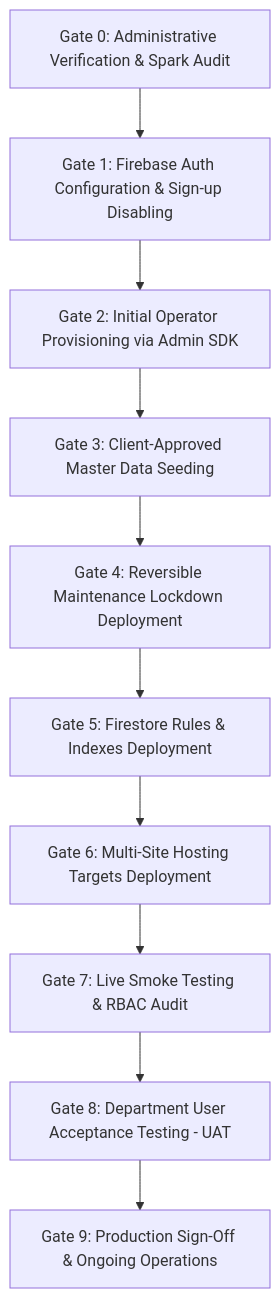
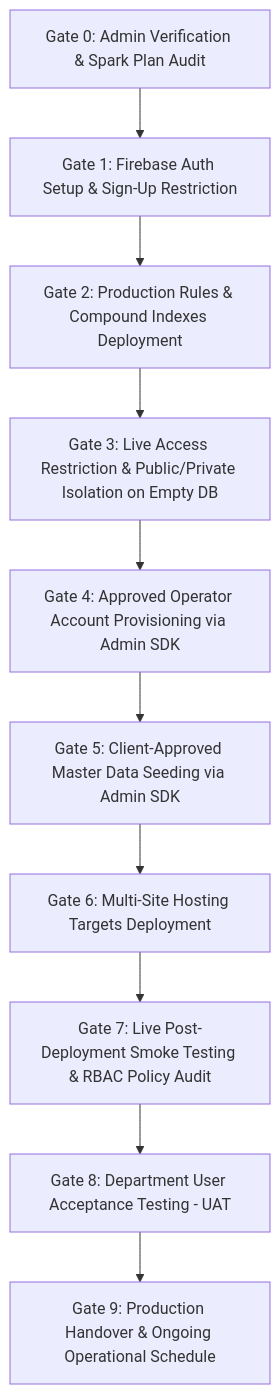
Before and after one commit to throwawaybtm/simak-diskum-v5: the second of 3 diagrams in docs/P02_ACTIVATION_PLAN.md, drawn with Mermaid. The commit also changed other lines of this file and 11 other files, not shown here.

Commit message:
docs(p02a): align activation plan, checklist, and runbooks with deterministic rules, passwordless provisioning, and sequential gates

````diff
--- a/docs/P02_ACTIVATION_PLAN.md
+++ b/docs/P02_ACTIVATION_PLAN.md
@@ -68,12 +80,12 @@
 ```mermaid
 flowchart TD
-    P0[Gate 0: Administrative Verification & Spark Audit] --> P1[Gate 1: Firebase Auth Configuration & Sign-up Disabling]
-    P1 --> P2[Gate 2: Initial Operator Provisioning via Admin SDK]
-    P2 --> P3[Gate 3: Client-Approved Master Data Seeding]
-    P3 --> P4[Gate 4: Reversible Maintenance Lockdown Deployment]
-    P4 --> P5[Gate 5: Firestore Rules & Indexes Deployment]
-    P5 --> P6[Gate 6: Multi-Site Hosting Targets Deployment]
-    P6 --> P7[Gate 7: Live Smoke Testing & RBAC Audit]
-    P7 --> P8[Gate 8: Department User Acceptance Testing - UAT]
-    P8 --> P9[Gate 9: Production Sign-Off & Ongoing Operations]
+    G0[Gate 0: Admin Verification & Spark Plan Audit] --> G1[Gate 1: Firebase Auth Setup & Sign-Up Restriction]
+    G1 --> G2[Gate 2: Production Rules & Compound Indexes Deployment]
+    G2 --> G3[Gate 3: Live Access Restriction & Public/Private Isolation on Empty DB]
+    G3 --> G4[Gate 4: Approved Operator Account Provisioning via Admin SDK]
+    G4 --> G5[Gate 5: Client-Approved Master Data Seeding via Admin SDK]
+    G5 --> G6[Gate 6: Multi-Site Hosting Targets Deployment]
+    G6 --> G7[Gate 7: Live Post-Deployment Smoke Testing & RBAC Policy Audit]
+    G7 --> G8[Gate 8: Department User Acceptance Testing - UAT]
+    G8 --> G9[Gate 9: Production Handover & Ongoing Operational Schedule]
 ```
````
